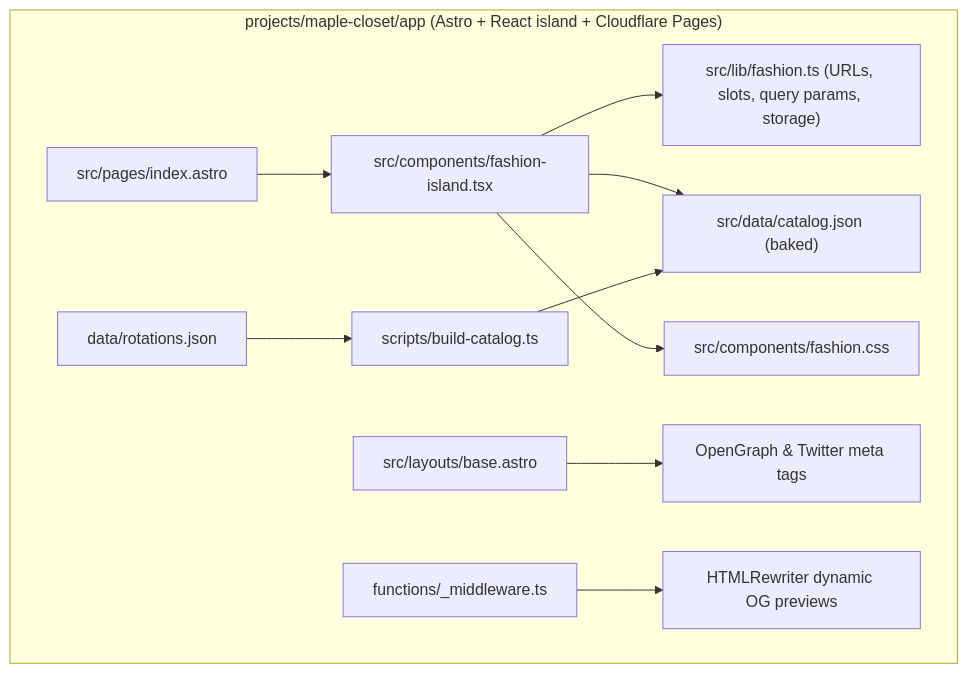
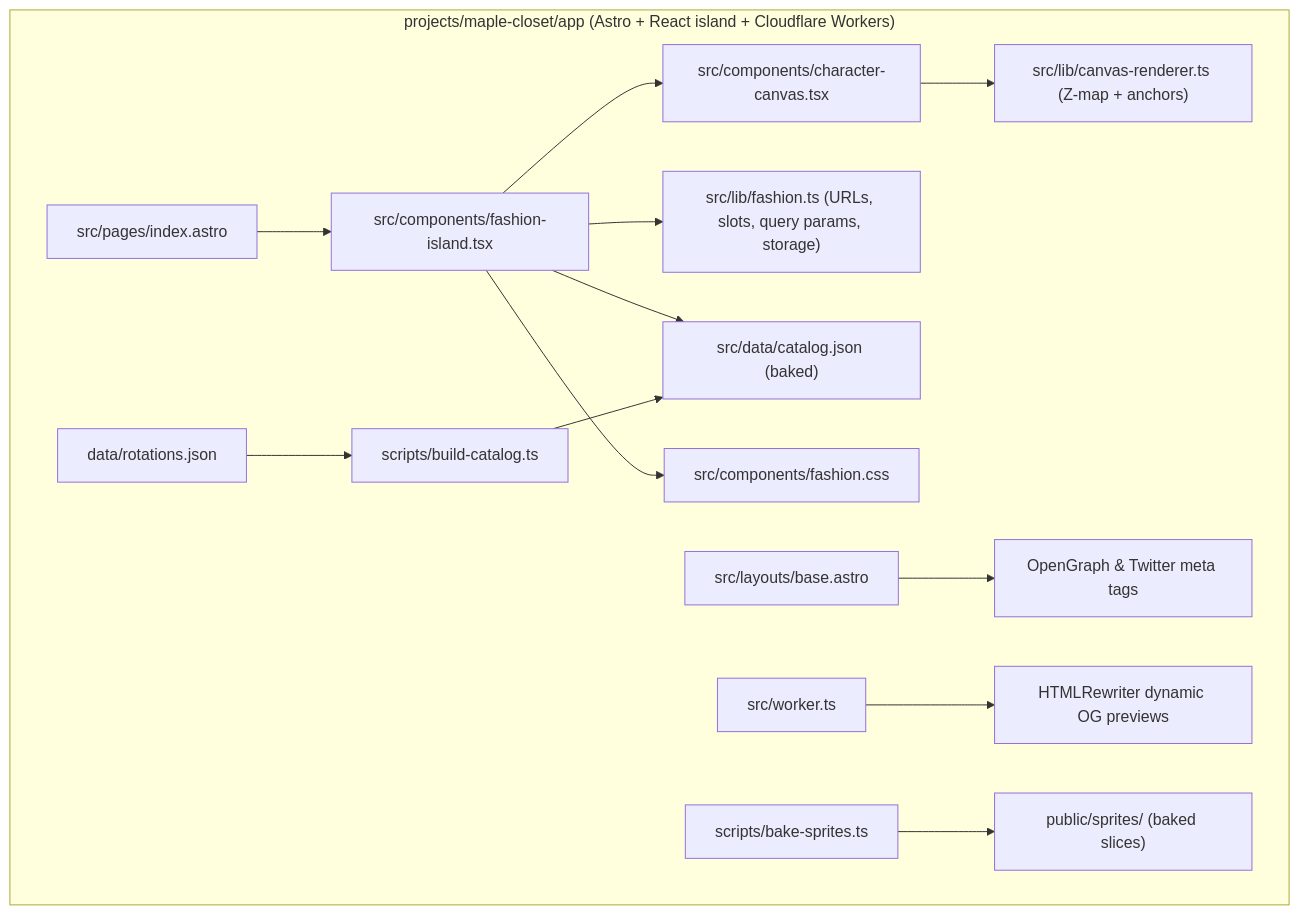
Before and after one commit to builtby-win/classic-closet: the third of 3 diagrams in app/PLAN.md, drawn with Mermaid. The commit also changed other lines of this file and 1435 other files, not shown here.

Commit message:
feat(renderer): client-side canvas compositor and workers static assets migration

````diff
--- a/app/PLAN.md
+++ b/app/PLAN.md
@@ -54,13 +54,16 @@
 ```mermaid
 flowchart TD
-    subgraph app["projects/maple-closet/app (Astro + React island + Cloudflare Pages)"]
+    subgraph app["projects/maple-closet/app (Astro + React island + Cloudflare Workers)"]
         page["src/pages/index.astro"] --> island["src/components/fashion-island.tsx"]
+        island --> canvas["src/components/character-canvas.tsx"]
+        canvas --> renderer["src/lib/canvas-renderer.ts (Z-map + anchors)"]
         island --> lib["src/lib/fashion.ts (URLs, slots, query params, storage)"]
         island --> data["src/data/catalog.json (baked)"]
         island --> css["src/components/fashion.css"]
         layout["src/layouts/base.astro"] --> meta["OpenGraph & Twitter meta tags"]
-        middleware["functions/_middleware.ts"] --> ogrewriter["HTMLRewriter dynamic OG previews"]
+        worker["src/worker.ts"] --> ogrewriter["HTMLRewriter dynamic OG previews"]
         rotations["data/rotations.json"] --> scripts["scripts/build-catalog.ts"]
         scripts --> data
+        bake["scripts/bake-sprites.ts"] --> sprites["public/sprites/ (baked slices)"]
     end
 ```
````
